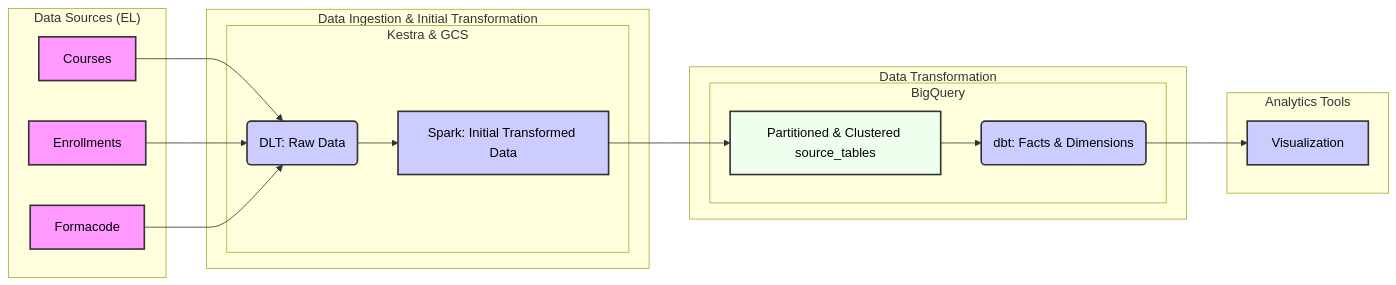
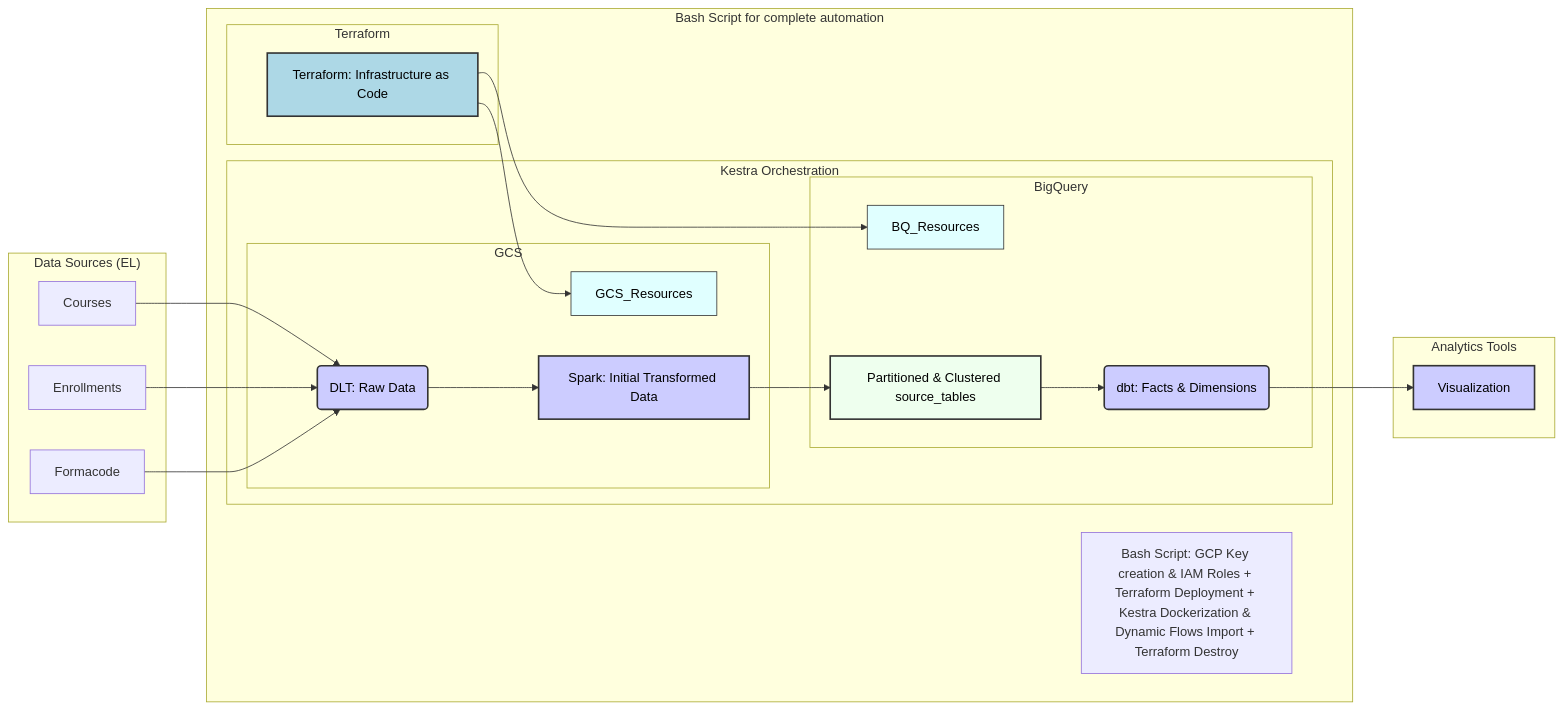
Before and after one commit to jugnuarora/DataTalks-de-zoomcamp-project: the diagram in README.md, drawn with Mermaid. The commit also changed other lines of this file and 1 other file, not shown here.

Commit message:
Full Automation using Bash Script and Terraform

````diff
--- a/README.md
+++ b/README.md
@@ -49,37 +45,45 @@
 ```mermaid
 graph LR
     subgraph "Data Sources (EL)"
-        A[Courses]
-        B[Enrollments]
-        C[Formacode]
+        C[Courses]
+        E[Enrollments]
+        F[Formacode]
     end
 
-    subgraph "Data Ingestion & Initial Transformation"
-        subgraph "Kestra & GCS"
-            A --> D(DLT: Raw Data)
-            B --> D
-            C --> D
-            D --> E[Spark: Initial Transformed Data]
+    subgraph "Bash Script for complete automation"
+        B[Bash Script: GCP Key creation & IAM Roles + Terraform Deployment + Kestra Dockerization & Dynamic Flows Import + Terraform Destroy]
+    
+        subgraph "Terraform"
+            T[Terraform: Infrastructure as Code]
         end
-    end
 
-    subgraph "Data Transformation"
-        subgraph "BigQuery"
-            E --> F[Partitioned & Clustered source_tables]
-            F --> G(dbt: Facts & Dimensions)
+        subgraph "Kestra Orchestration"
+            subgraph "GCS"
+                T --> GCS_Resources
+                C --> D(DLT: Raw Data)
+                E --> D
+                F --> D
+                D --> S[Spark: Initial Transformed Data]
+            end
+
+            subgraph "BigQuery"
+                T --> BQ_Resources
+                S --> P[Partitioned & Clustered source_tables]
+                P --> DBT(dbt: Facts & Dimensions)
+            end
         end
     end
 
     subgraph "Analytics Tools"
-        G --> H[Visualization]
+        DBT --> H[Visualization]
     end
 
-    style A fill:#f9f,stroke:#333,stroke-width:2px,color:#000;
-    style B fill:#f9f,stroke:#333,stroke-width:2px,color:#000;
-    style C fill:#f9f,stroke:#333,stroke-width:2px,color:#000;
+    style T fill:#add8e6,stroke:#333,stroke-width:2px,color:#000;
     style D fill:#ccf,stroke:#333,stroke-width:2px,color:#000;
-    style E fill:#ccf,stroke:#333,stroke-width:2px,color:#000;
-    style F fill:#efe,stroke:#333,stroke-width:2px,color:#000;
-    style G fill:#ccf,stroke:#333,stroke-width:2px,color:#000;
+    style S fill:#ccf,stroke:#333,stroke-width:2px,color:#000;
+    style P fill:#efe,stroke:#333,stroke-width:2px,color:#000;
+    style DBT fill:#ccf,stroke:#333,stroke-width:2px,color:#000;
     style H fill:#ccf,stroke:#333,stroke-width:2px,color:#000;
+    style GCS_Resources fill:#e0ffff,stroke:#333,stroke-width:1px,color:#000;
+    style BQ_Resources fill:#e0ffff,stroke:#333,stroke-width:1px,color:#000;
 ```
````
